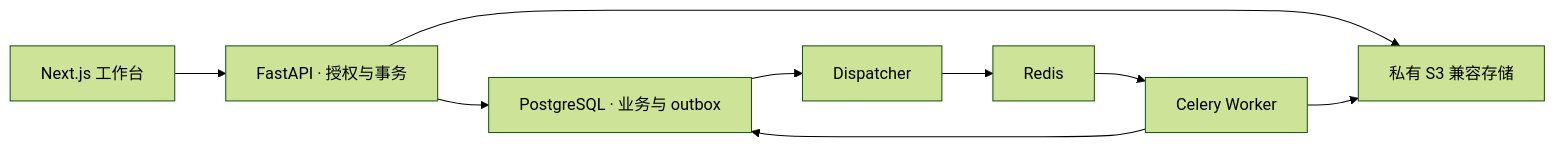
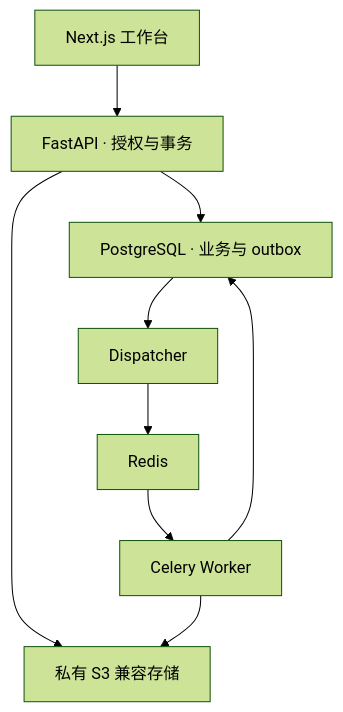
One commit to Fancy8/ResearchOS changed the diagram in README.md. Above: the diagram before and after it, drawn with Mermaid (forest theme).

Commit message:
docs: improve architecture diagram readability in narrow views

````diff
--- a/README.md
+++ b/README.md
@@ -134,11 +134,11 @@
 ```mermaid
-flowchart LR
+flowchart TB
     web["Next.js 工作台"] --> api["FastAPI · 授权与事务"]
     api --> db["PostgreSQL · 业务与 outbox"]
     api --> files["私有 S3 兼容存储"]
     db --> dispatch["Dispatcher"]
     dispatch --> queue["Redis"]
     queue --> worker["Celery Worker"]
     worker --> db
     worker --> files
 ```
````
